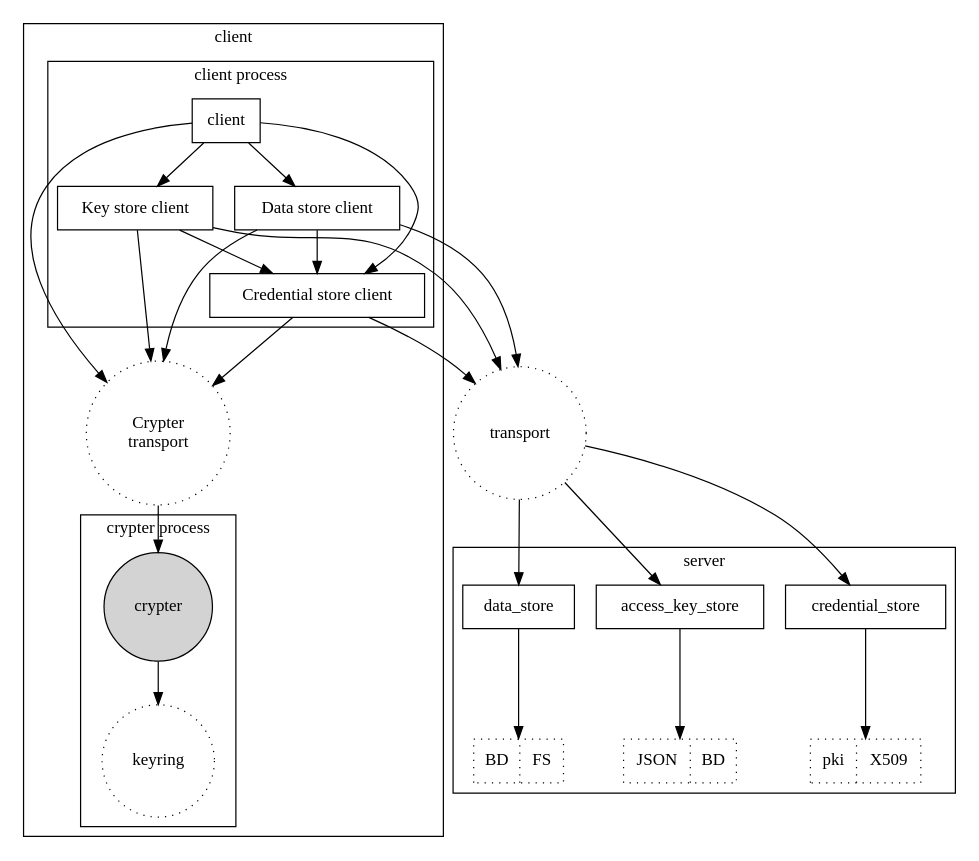
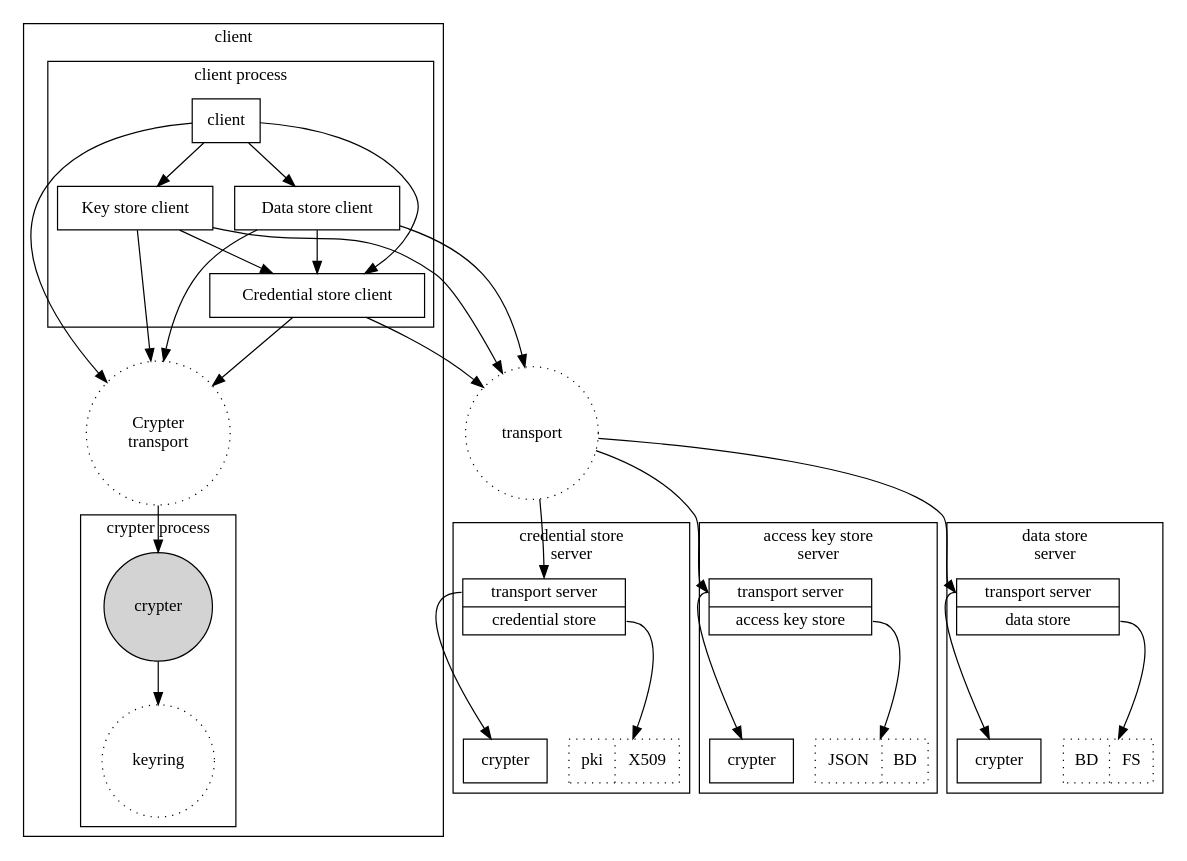
One commit to cossacklabs/hermes-core changed the diagram in hermes.dot. Above: the diagram before and after it, drawn with Graphviz. The commit also changed 16 other files, not shown here.

Commit message:
Add data record sceleton

```diff
--- a/hermes.dot
+++ b/hermes.dot
@@ -1,49 +1,66 @@
 digraph hermes_core{
     node [shape=box];
 
     subgraph cluster_0 {
 	subgraph cluster_2 {
 	    label="crypter process";
 	    crypter [shape=circle, style=filled];
 	    private_key_store [shape=circle, style=dotted, label="keyring"]
 	}
 	subgraph cluster_3{
 	    label="client process";
 	    client;
             credential_store_client [label="Credential store client"];
     	    access_keys_store_client [label="Key store client"];
     	    data_store_client [label="Data store client"];
 	}
     	crypter_transport [shape=circle, style=dotted, label="Crypter\ntransport"];
 
 	client -> crypter_transport -> crypter -> private_key_store;
 	client -> credential_store_client -> crypter_transport;
         client -> access_keys_store_client -> crypter_transport;
         client -> data_store_client -> crypter_transport;
 
         access_keys_store_client -> credential_store_client;
         data_store_client -> credential_store_client;
 	label="client";
     }
 
     transport [shape=circle, style=dotted];
 
     subgraph cluster_1 {
-	label="server";
+	label="credential store\nserver";
+	credential_store [shape=record, label="{<t> transport server | <s> credential store}"];
 	db1 [shape=record, style=dotted, label="pki|X509"];
-	db2 [shape=record, style=dotted, label="JSON|BD"];
-	db3 [shape=record, style=dotted, label="BD|FS"];
-	credential_store -> db1;
-	access_key_store -> db2;
-	data_store -> db3;
+	credential_store_crypter [label="crypter"];
+	credential_store:t -> credential_store_crypter;
+	credential_store:s -> db1;
+    }
+    
+    subgraph cluster_4 {
+	label="access key store\nserver";
+        db2 [shape=record, style=dotted, label="JSON|BD"];
+	access_key_store [shape=record, label="{<t> transport server | <s> access key store}"];
+	access_key_store_crypter [label="crypter"];
+	access_key_store:s -> db2;
+	access_key_store:t -> access_key_store_crypter;
+    }
+
+    subgraph cluster_5 {
+	label="data store\nserver";
+        db3 [shape=record, style=dotted, label="BD|FS"];
+	data_store [shape=record, label="{<t> transport server | <s> data store}"];
+	data_store_crypter [label="crypter"];
+	data_store:s -> db3;
+	data_store:t -> data_store_crypter;
     }
 
         credential_store_client -> transport;
 	access_keys_store_client -> transport;
 	data_store_client -> transport;
 
-        transport -> credential_store;
-	transport -> access_key_store;
-	transport -> data_store;
+        transport -> credential_store:t;
+	transport -> access_key_store:t;
+	transport -> data_store:t;
 
 }
```
